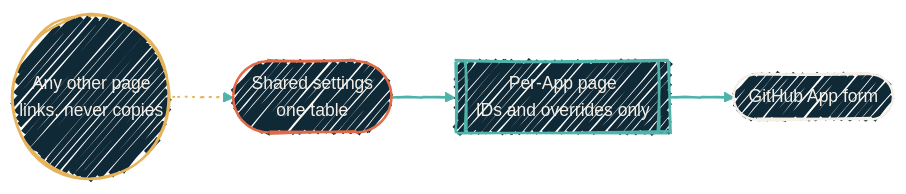
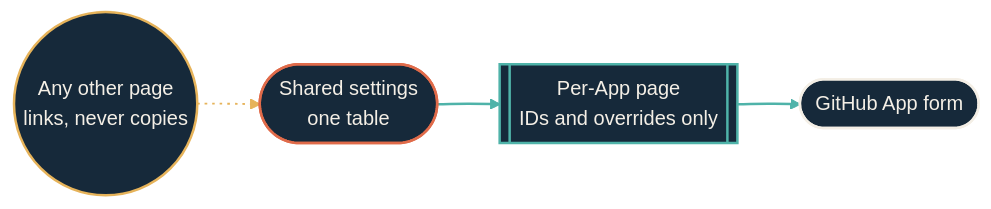
One commit to dryvist/docs changed the diagram in github/apps.mdx. Above: the diagram before and after it, drawn with Mermaid. The commit also changed 116 other files, not shown here.

````diff
--- a/github/apps.mdx
+++ b/github/apps.mdx
@@ -13,25 +13,29 @@
 ```mermaid
-%%{init: {'theme':'base','look':'handDrawn','themeVariables':{'fontFamily':'Geist','fontSize':'14px','primaryColor':'#102937','primaryTextColor':'#F4EFE6','primaryBorderColor':'#4FB3A9','lineColor':'#4FB3A9','secondaryColor':'#0B1D2A','tertiaryColor':'#1A2A38','clusterBkg':'rgba(79,179,169,0.08)','clusterBorder':'#4FB3A9'}}}%%
+%%{init: {"theme":"base","look":"handDrawn","themeVariables":{"primaryColor":"#123a36","primaryTextColor":"#f4efe6","primaryBorderColor":"#4fb3a9","lineColor":"#4fb3a9","secondaryColor":"#0b1d2a","tertiaryColor":"#16293a","clusterBkg":"#08151f","clusterBorder":"#4fb3a9","fontFamily":"'Geist Sans', system-ui, -apple-system, BlinkMacSystemFont, 'Segoe UI', Roboto, sans-serif","fontSize":"14px"}}}%%
 %% Shape: linear chain with a side reference. Boundary crossings: 0 (no subgraphs). Ranks: 3x1 plus one leaf.
 %% Aspect: ~3:1 (LR). Pass.
 flowchart LR
+  classDef src fill:#16293a,stroke:#e06b4a,stroke-width:2px,color:#f4efe6;
+  classDef ai fill:#16293a,stroke:#e06b4a,stroke-width:2px,color:#f4efe6;
+  classDef gate fill:#16293a,stroke:#e06b4a,stroke-width:2.5px,color:#f4efe6;
+  classDef hop fill:#16293a,stroke:#4fb3a9,stroke-width:2px,color:#f4efe6;
+  classDef host fill:#16293a,stroke:#4fb3a9,stroke-width:2px,color:#f4efe6;
+  classDef sink fill:#16293a,stroke:#f4efe6,stroke-width:2px,color:#f4efe6;
+  classDef auto fill:#16293a,stroke:#f4efe6,stroke-width:1.5px,color:#f4efe6;
+  classDef external fill:#16293a,stroke:#e6b35a,stroke-width:2px,color:#f4efe6;
   shared(["Shared settings<br/>one table"])
   row[["Per-App page<br/>IDs and overrides only"]]
   form(["GitHub App form"])
   other(("Any other page<br/>links, never copies"))
 
   shared --> row --> form
   other -.-> shared
 
-  classDef src  fill:#102937,stroke:#E06B4A,stroke-width:2px,color:#F4EFE6;
-  classDef hop  fill:#102937,stroke:#4FB3A9,stroke-width:2px,color:#F4EFE6;
-  classDef sink fill:#102937,stroke:#F4EFE6,stroke-width:2px,color:#F4EFE6;
-  classDef external fill:#102937,stroke:#E6B35A,stroke-width:2px,color:#F4EFE6;
   class shared src
   class row hop
   class form sink
   class other external
 
   linkStyle 0,1 stroke:#4FB3A9,stroke-width:2px;
   linkStyle 2 stroke:#E6B35A,stroke-width:1.5px,stroke-dasharray:2 4;
 ```
````
